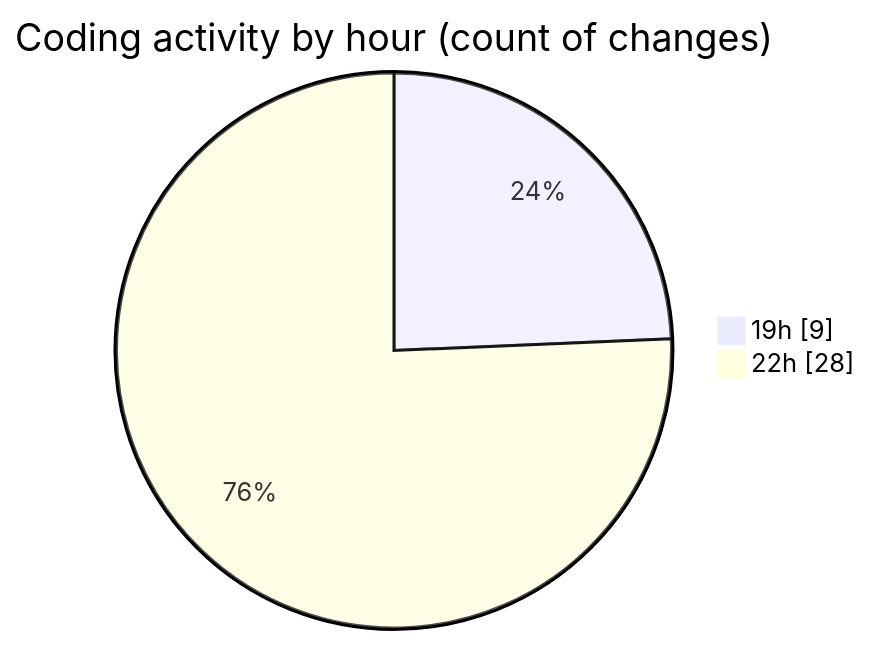
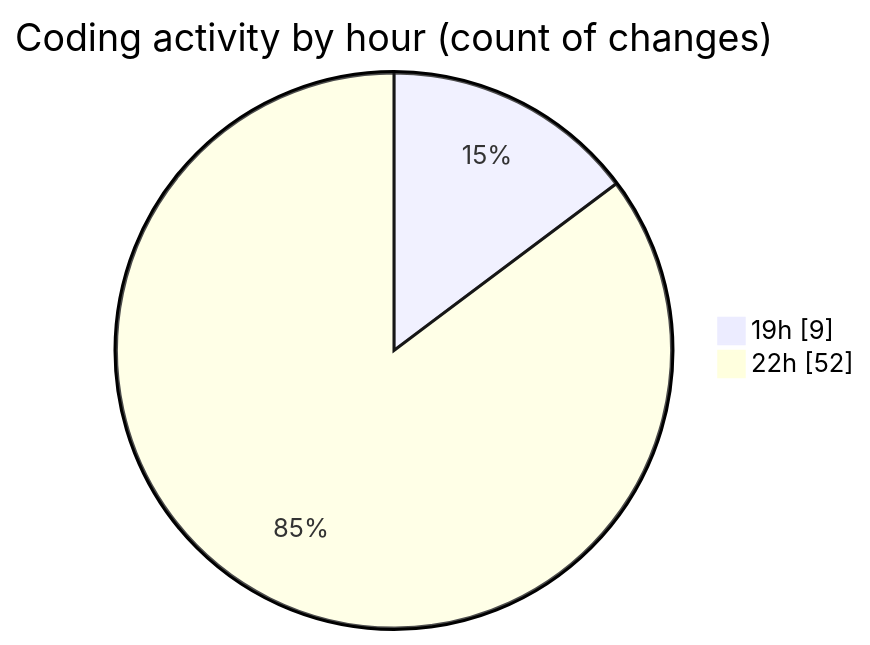
The second of 2 diagrams in 2025-10-07/untitled__workspace_/README.md (MatusMokan/code-tracking), drawn with Mermaid before and after one commit. The commit also changed other lines of this file and 1 other file, not shown here.

````diff
--- a/2025-10-07/untitled__workspace_/README.md
+++ b/2025-10-07/untitled__workspace_/README.md
@@ -31,6 +31,6 @@
 ```mermaid
 pie showData
 title Coding activity by hour (count of changes)
 "19h" : 9
-"22h" : 28
+"22h" : 52
 ```
````
